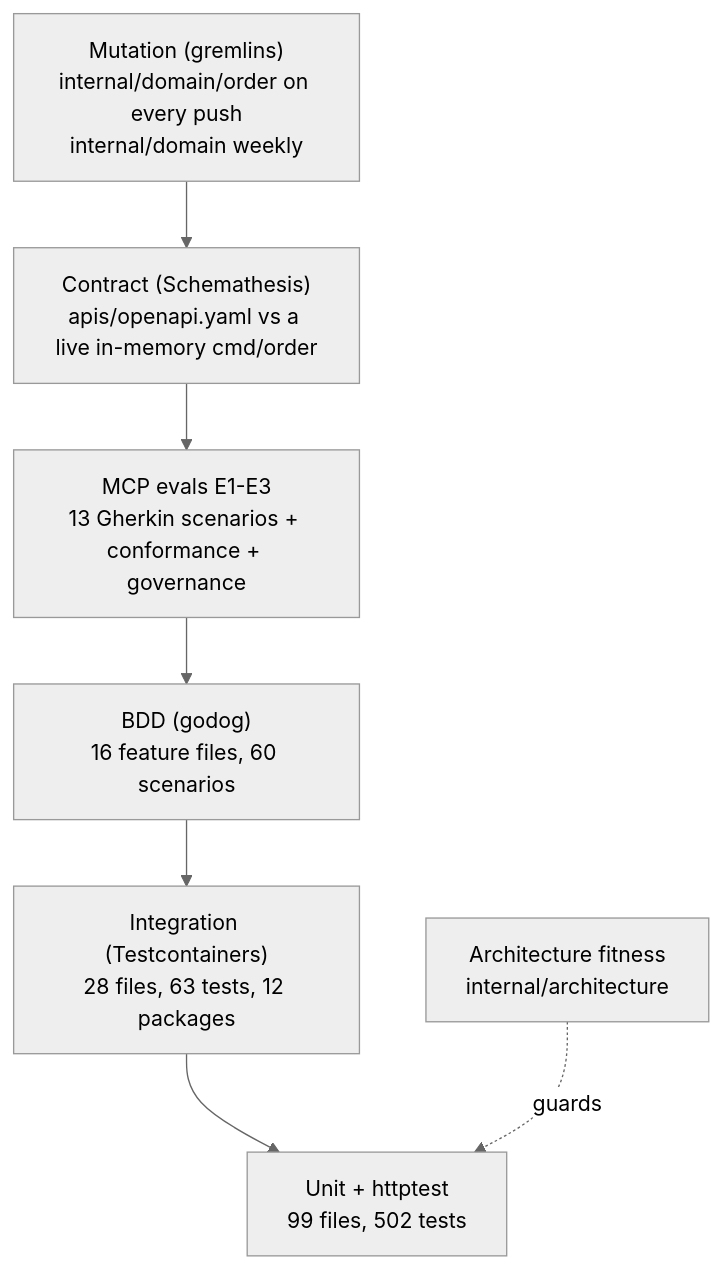
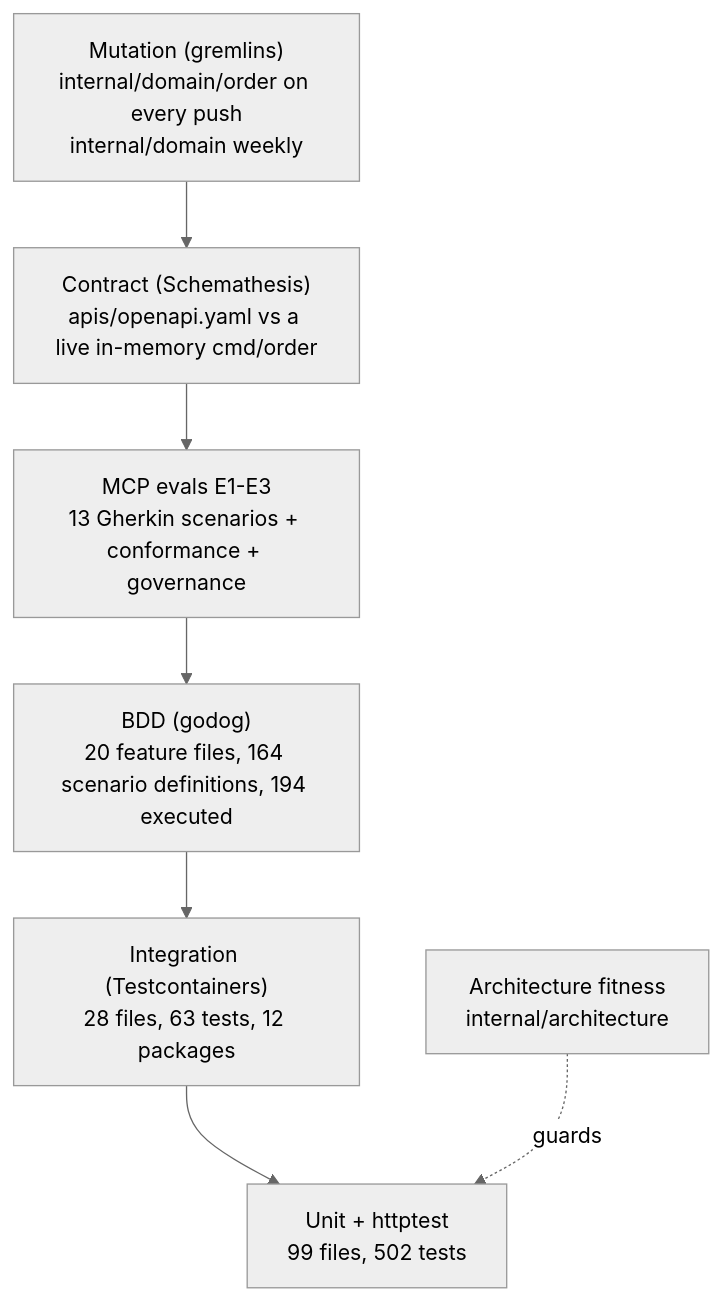
The diagram in docs/docs/development/testing.md (IQVO/order-management), drawn with Mermaid (neutral theme) before and after one commit. The commit also changed other lines of this file, not shown here.

Commit message:
docs: refresh BDD counts, rule files and the @known-bug note (wave 5 closeout)

````diff
--- a/docs/docs/development/testing.md
+++ b/docs/docs/development/testing.md
@@ -14,12 +15,12 @@
 ```mermaid
 flowchart TB
   M["Mutation (gremlins)<br/>internal/domain/order on every push<br/>internal/domain weekly"]
   C["Contract (Schemathesis)<br/>apis/openapi.yaml vs a live in-memory cmd/order"]
   E["MCP evals E1-E3<br/>13 Gherkin scenarios + conformance + governance"]
-  B["BDD (godog)<br/>16 feature files, 60 scenarios"]
+  B["BDD (godog)<br/>20 feature files, 164 scenario definitions, 194 executed"]
   I["Integration (Testcontainers)<br/>28 files, 63 tests, 12 packages"]
   A["Architecture fitness<br/>internal/architecture"]
   U["Unit + httptest<br/>99 files, 502 tests"]
   M --> C --> E --> B --> I --> U
   A -.guards.-> U
 ```
````
